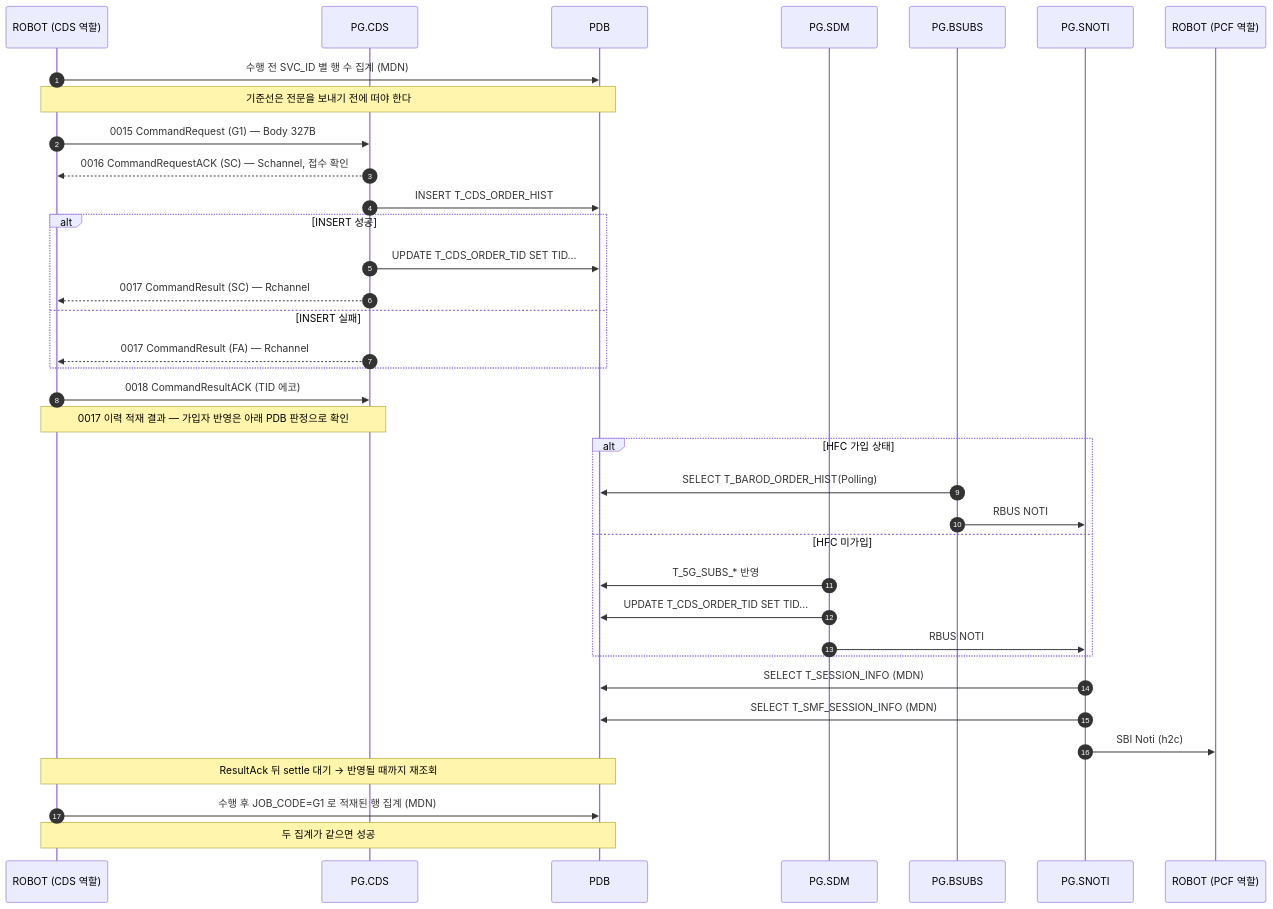
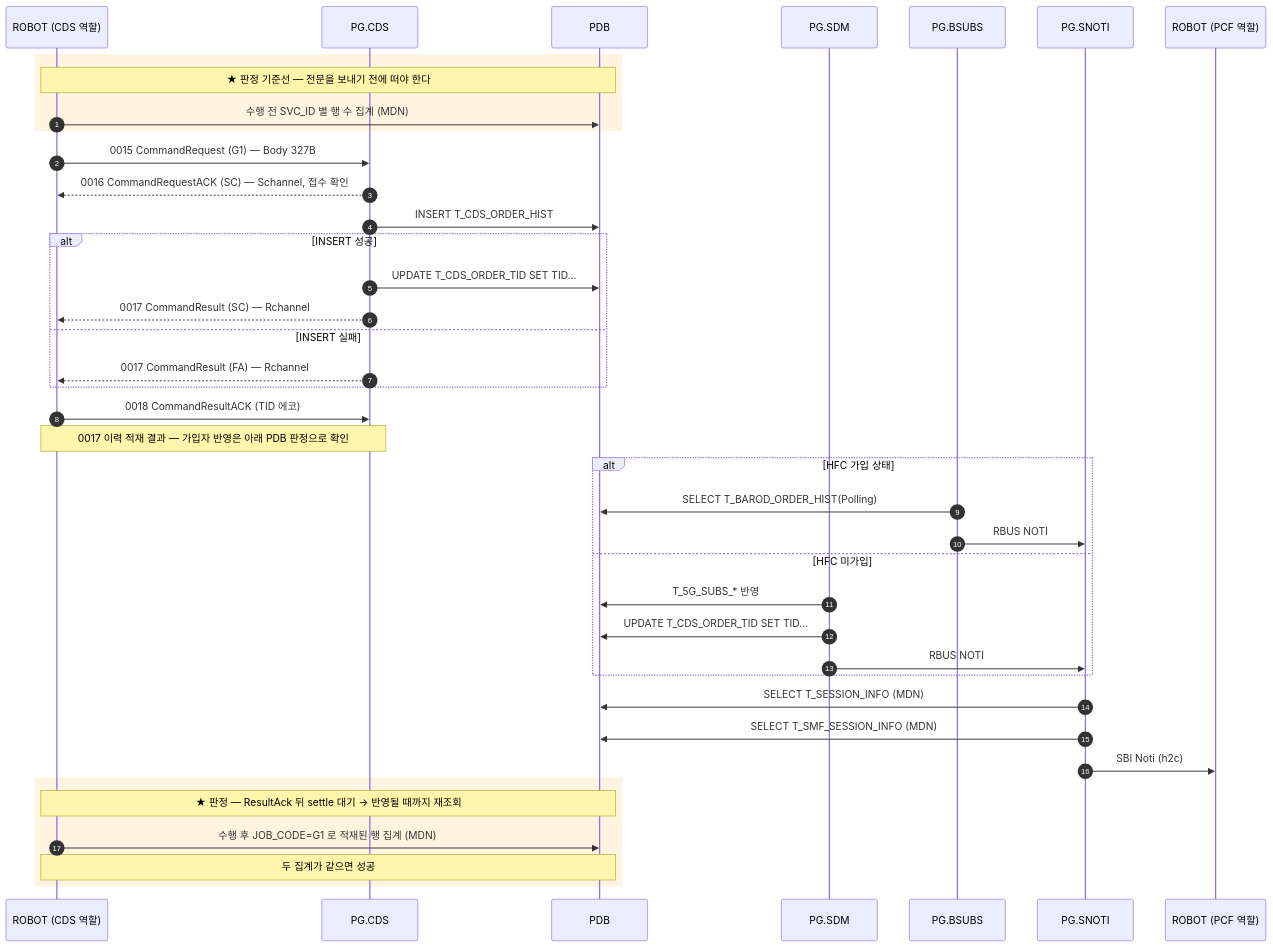
The diagram in docs/callflow/CDS_G1.md (IanKim2030/tc4robot), drawn with Mermaid before and after one commit. The commit also changed 19 other files, not shown here.

````diff
--- a/docs/callflow/CDS_G1.md
+++ b/docs/callflow/CDS_G1.md
@@ -17,40 +17,44 @@
 ```mermaid
 sequenceDiagram
     autonumber
     participant TOOL as ROBOT (CDS 역할)
     participant PCDS as PG.CDS
     participant PDB as PDB
     participant SDM as PG.SDM
     participant BSUBS as PG.BSUBS
     participant SNOTI as PG.SNOTI
     participant PCF as ROBOT (PCF 역할)
 
-    TOOL->>PDB: 수행 전 SVC_ID 별 행 수 집계 (MDN)
-    Note over TOOL,PDB: 기준선은 전문을 보내기 전에 떠야 한다
+    rect rgba(255, 176, 32, 0.14)
+    Note over TOOL,PDB: ★ 판정 기준선 — 전문을 보내기 전에 떠야 한다
+        TOOL->>PDB: 수행 전 SVC_ID 별 행 수 집계 (MDN)
+    end
     TOOL->>PCDS: 0015 CommandRequest (G1) — Body 327B
     PCDS-->>TOOL: 0016 CommandRequestACK (SC) — Schannel, 접수 확인
     PCDS->>PDB: INSERT T_CDS_ORDER_HIST
     alt INSERT 성공
         PCDS->>PDB: UPDATE T_CDS_ORDER_TID SET TID...
         PCDS-->>TOOL: 0017 CommandResult (SC) — Rchannel
     else INSERT 실패
         PCDS-->>TOOL: 0017 CommandResult (FA) — Rchannel
     end
     TOOL->>PCDS: 0018 CommandResultACK (TID 에코)
     Note over TOOL,PCDS: 0017 이력 적재 결과 — 가입자 반영은 아래 PDB 판정으로 확인
 
     alt HFC 가입 상태
         BSUBS->>PDB: SELECT T_BAROD_ORDER_HIST(Polling)
         BSUBS->>SNOTI: RBUS NOTI
     else HFC 미가입
         SDM->>PDB: T_5G_SUBS_* 반영
         SDM->>PDB: UPDATE T_CDS_ORDER_TID SET TID...
         SDM->>SNOTI: RBUS NOTI
     end
     SNOTI->>PDB: SELECT T_SESSION_INFO (MDN)
     SNOTI->>PDB: SELECT T_SMF_SESSION_INFO (MDN)
     SNOTI->>PCF: SBI Noti (h2c)
-    Note over TOOL,PDB: ResultAck 뒤 settle 대기 → 반영될 때까지 재조회
-    TOOL->>PDB: 수행 후 JOB_CODE=G1 로 적재된 행 집계 (MDN)
-    Note over TOOL,PDB: 두 집계가 같으면 성공
+    rect rgba(255, 176, 32, 0.14)
+    Note over TOOL,PDB: ★ 판정 — ResultAck 뒤 settle 대기 → 반영될 때까지 재조회
+        TOOL->>PDB: 수행 후 JOB_CODE=G1 로 적재된 행 집계 (MDN)
+        Note over TOOL,PDB: 두 집계가 같으면 성공
+    end
 ```
````
